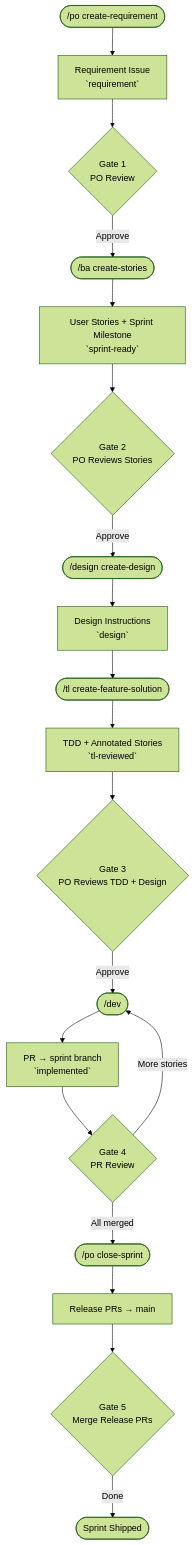
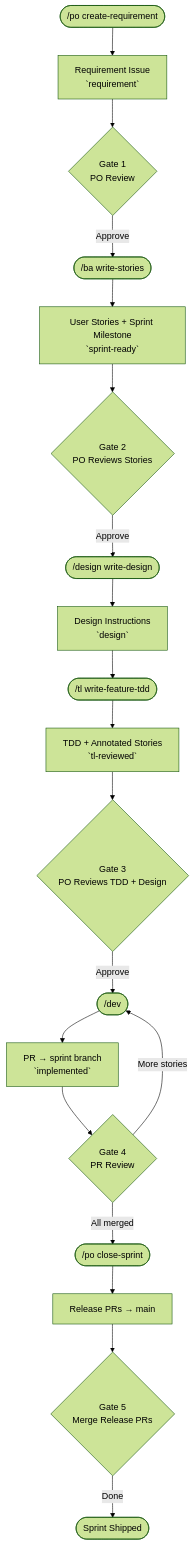
One commit to simpscal/notism changed the first of 4 diagrams in README.md. Above: the diagram before and after it, drawn with Mermaid (forest theme). The commit also changed other lines of this file and 15 other files, not shown here.

````diff
--- a/README.md
+++ b/README.md
@@ -38,21 +38,21 @@
 ```mermaid
 flowchart TD
     A(["/po create-requirement <description>"]) --> B["Requirement Issue<br/>`requirement`"]
     B --> G1{Gate 1<br/>PO Review}
-    G1 -->|Approve| C(["/ba create-stories <issue>"])
+    G1 -->|Approve| C(["/ba write-stories <issue>"])
     C --> D["User Stories + Sprint Milestone<br/>`sprint-ready`"]
     D --> G2{Gate 2<br/>PO Reviews Stories}
-    G2 -->|Approve| E1(["/design create-design <ms>"])
+    G2 -->|Approve| E1(["/design write-design <ms>"])
     E1 --> F1["Design Instructions<br/>`design`"]
-    F1 --> E2(["/tl create-feature-solution <ms>"])
+    F1 --> E2(["/tl write-feature-tdd <ms>"])
     E2 --> F2["TDD + Annotated Stories<br/>`tl-reviewed`"]
     F2 --> G3{Gate 3<br/>PO Reviews TDD + Design}
     G3 -->|Approve| H(["/dev <issue>"])
     H --> I["PR → sprint branch<br/>`implemented`"]
     I --> G4{Gate 4<br/>PR Review}
     G4 -->|More stories| H
     G4 -->|All merged| J(["/po close-sprint <N>"])
     J --> K["Release PRs → main"]
     K --> G5{Gate 5<br/>Merge Release PRs}
     G5 -->|Done| L([Sprint Shipped])
 ```
````
